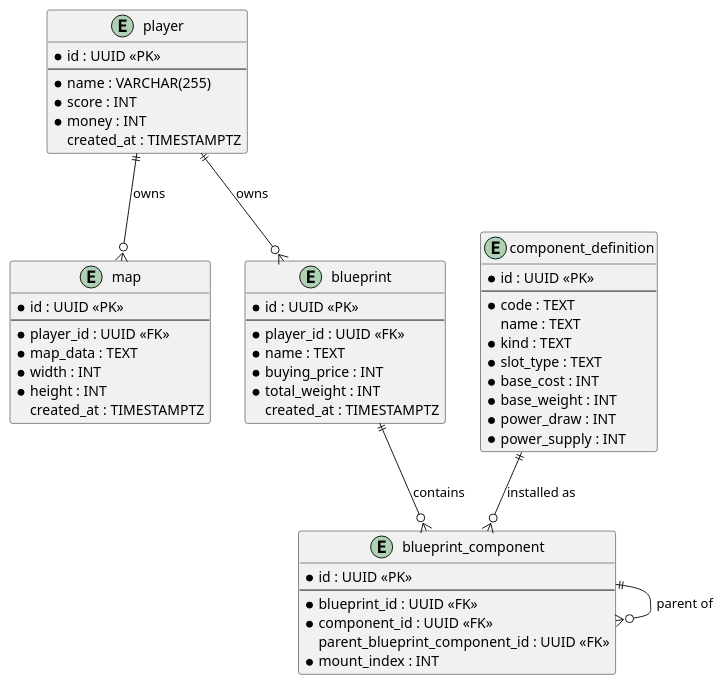
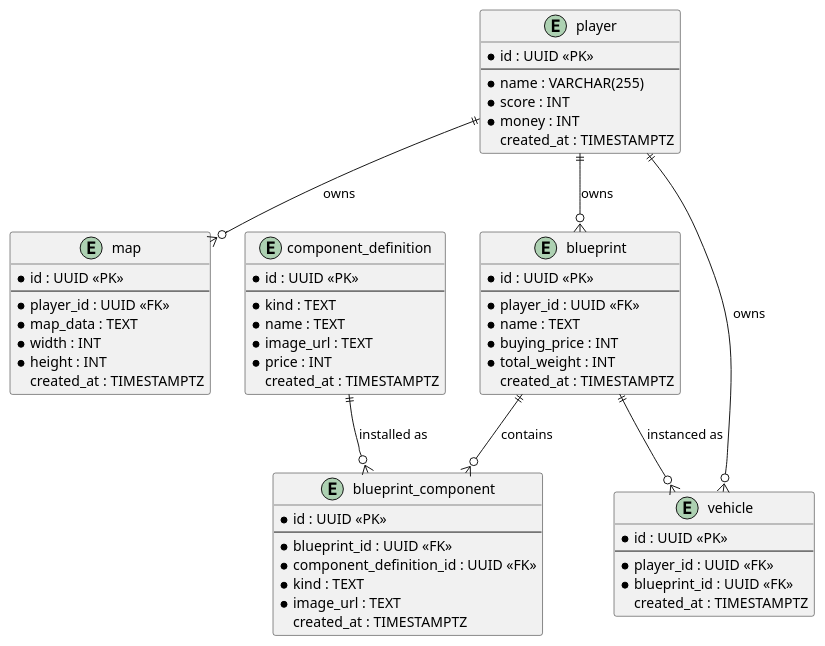
One commit to anhoppe/tank-wars changed the diagram in doc/arc42/08_crosscutting_concepts/08_01_database_layout.md. Above: the diagram before and after it, drawn with PlantUML. The commit also changed other lines of this file and 15 other files, not shown here.

Commit message:
Player can buy vehicle from blueprint

````diff
--- a/doc/arc42/08_crosscutting_concepts/08_01_database_layout.md
+++ b/doc/arc42/08_crosscutting_concepts/08_01_database_layout.md
@@ -19,62 +19,69 @@
 ```plantuml
 @startuml db_layout
 
 entity player {
   * id : UUID <<PK>>
   --
   * name : VARCHAR(255)
   * score : INT
   * money : INT
   created_at : TIMESTAMPTZ
 }
 
 entity map {
   * id : UUID <<PK>>
   --
   * player_id : UUID <<FK>>
   * map_data : TEXT
   * width : INT
   * height : INT
   created_at : TIMESTAMPTZ
 }
 
 entity blueprint {
   * id : UUID <<PK>>
   --
   * player_id : UUID <<FK>>
   * name : TEXT
   * buying_price : INT
   * total_weight : INT
   created_at : TIMESTAMPTZ
 }
 
 entity component_definition {
   * id : UUID <<PK>>
   --
-  * code : TEXT
-  name : TEXT
   * kind : TEXT
-  * slot_type : TEXT
-  * base_cost : INT
-  * base_weight : INT
-  * power_draw : INT
-  * power_supply : INT
+  * name : TEXT
+  * image_url : TEXT
+  * price : INT
+  created_at : TIMESTAMPTZ
 }
 
 entity blueprint_component {
   * id : UUID <<PK>>
   --
   * blueprint_id : UUID <<FK>>
-  * component_id : UUID <<FK>>
-  parent_blueprint_component_id : UUID <<FK>>
-  * mount_index : INT
+  * component_definition_id : UUID <<FK>>
+  * kind : TEXT
+  * image_url : TEXT
+  created_at : TIMESTAMPTZ
+}
+
+entity vehicle {
+  * id : UUID <<PK>>
+  --
+  * player_id : UUID <<FK>>
+  * blueprint_id : UUID <<FK>>
+  created_at : TIMESTAMPTZ
 }
 
 player ||--o{ map       : "owns"
 player ||--o{ blueprint : "owns"
+player ||--o{ vehicle : "owns"
 blueprint ||--o{ blueprint_component : "contains"
+blueprint ||--o{ vehicle : "instanced as"
 component_definition ||--o{ blueprint_component : "installed as"
-blueprint_component ||--o{ blueprint_component : "parent of"
 
 @enduml
 ```
````
